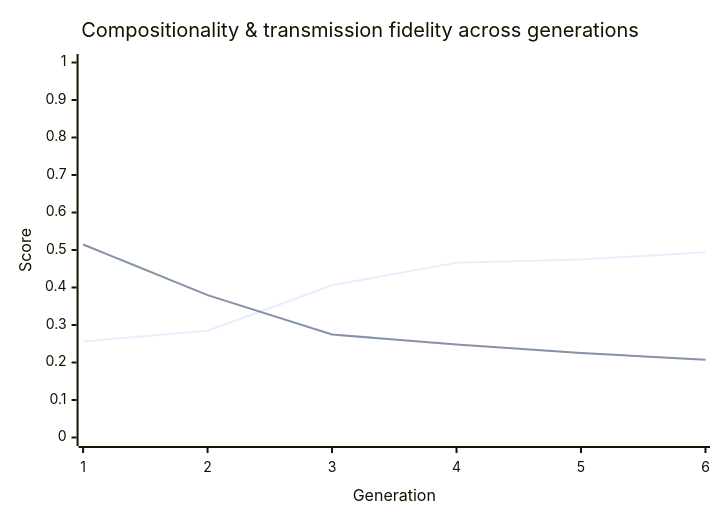
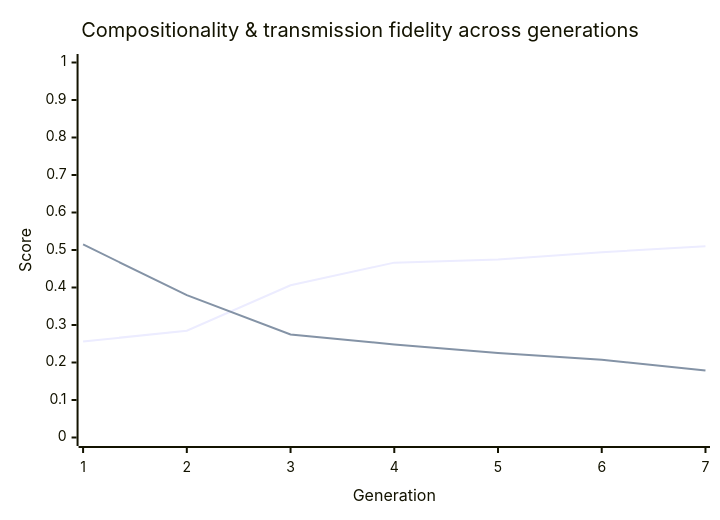
One commit to nichobbs/traditio changed the diagram in metrics/latest-report.md. Above: the diagram before and after it, drawn with Mermaid. The commit also changed other lines of this file and 1 other file, not shown here.

````diff
--- a/metrics/latest-report.md
+++ b/metrics/latest-report.md
@@ -40,8 +40,8 @@
 ```mermaid
 xychart-beta
     title "Compositionality & transmission fidelity across generations"
-    x-axis "Generation" [1, 2, 3, 4, 5, 6]
+    x-axis "Generation" [1, 2, 3, 4, 5, 6, 7]
     y-axis "Score" 0 --> 1
-    line "Compositionality" [0.2559, 0.2849, 0.4060, 0.4663, 0.4745, 0.4941]
-    line "Transmission Fidelity" [0.5148, 0.3796, 0.2746, 0.2481, 0.2251, 0.2074]
+    line "Compositionality" [0.2559, 0.2849, 0.4060, 0.4663, 0.4745, 0.4941, 0.5099]
+    line "Transmission Fidelity" [0.5148, 0.3796, 0.2746, 0.2481, 0.2251, 0.2074, 0.1785]
 ```
````
